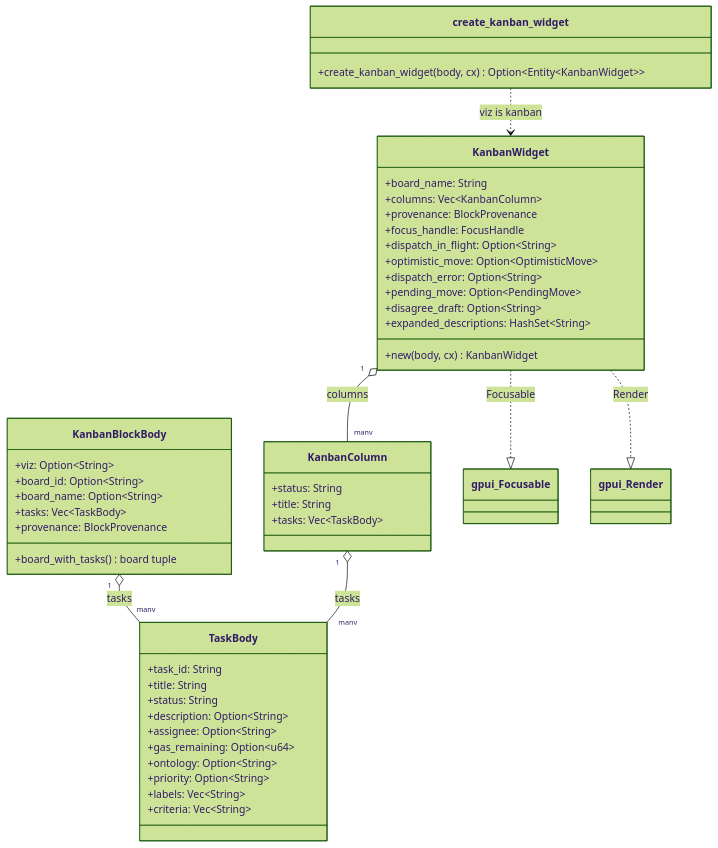
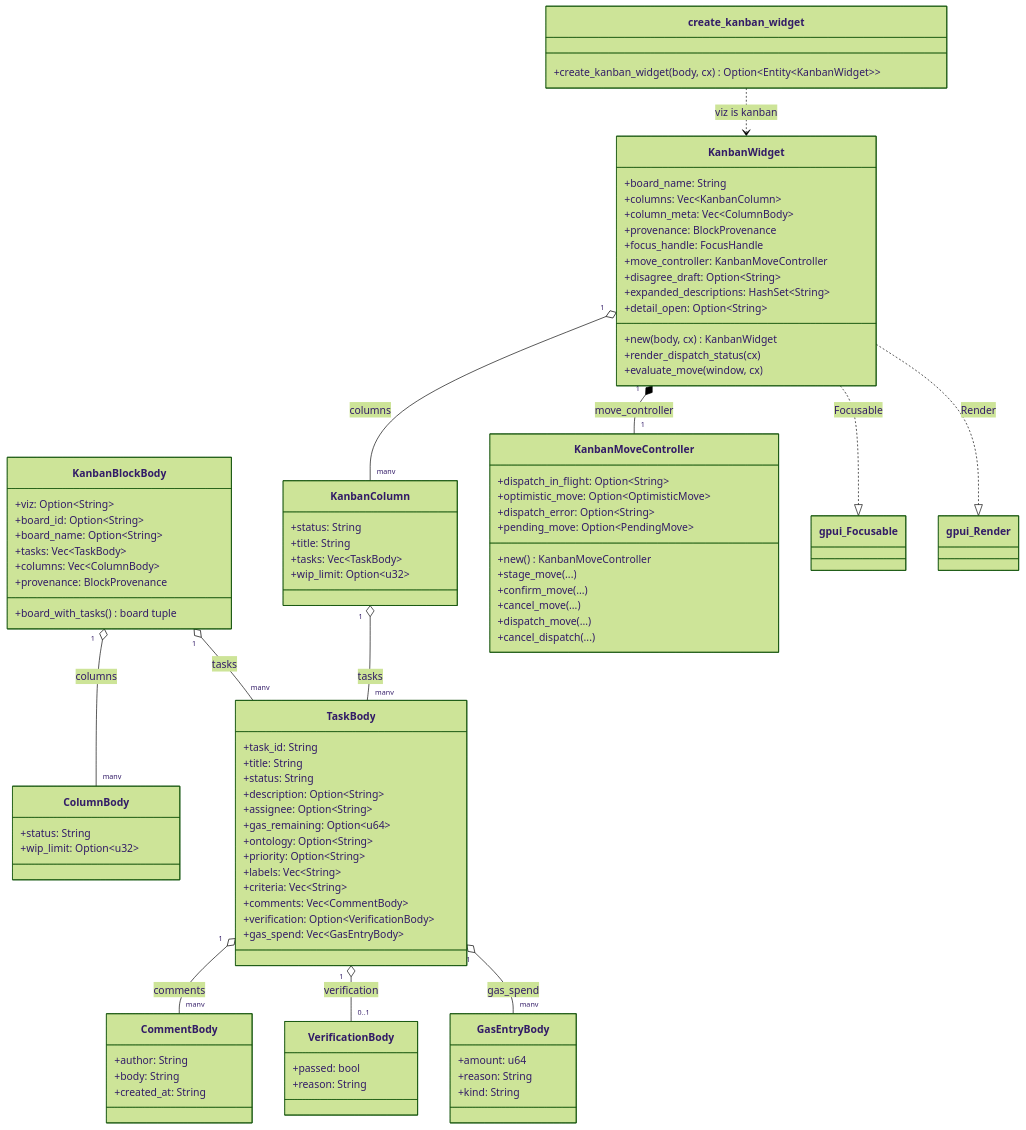
One commit to mdz-axo/zed-kask changed the diagram in kask/docs/diagrams/class-hkask-kanban-widget.md. Above: the diagram before and after it, drawn with Mermaid (forest theme). The commit also changed other lines of this file and 10 other files, not shown here.

First line of the commit message:
Extract kanban move controller and shared compose-back helper

```diff
--- a/kask/docs/diagrams/class-hkask-kanban-widget.md
+++ b/kask/docs/diagrams/class-hkask-kanban-widget.md
@@ -24,8 +24,13 @@
         +board_id: Option~String~
         +board_name: Option~String~
         +tasks: Vec~TaskBody~
+        +columns: Vec~ColumnBody~
         +provenance: BlockProvenance
         +board_with_tasks() board tuple
+    }
+    class ColumnBody {
+        +status: String
+        +wip_limit: Option~u32~
     }
     class TaskBody {
         +task_id: String
@@ -38,30 +43,66 @@
         +priority: Option~String~
         +labels: Vec~String~
         +criteria: Vec~String~
+        +comments: Vec~CommentBody~
+        +verification: Option~VerificationBody~
+        +gas_spend: Vec~GasEntryBody~
+    }
+    class CommentBody {
+        +author: String
+        +body: String
+        +created_at: String
+    }
+    class VerificationBody {
+        +passed: bool
+        +reason: String
+    }
+    class GasEntryBody {
+        +amount: u64
+        +reason: String
+        +kind: String
     }
     class KanbanColumn {
         +status: String
         +title: String
         +tasks: Vec~TaskBody~
+        +wip_limit: Option~u32~
+    }
+    class KanbanMoveController {
+        +dispatch_in_flight: Option~String~
+        +optimistic_move: Option~OptimisticMove~
+        +dispatch_error: Option~String~
+        +pending_move: Option~PendingMove~
+        +new() KanbanMoveController
+        +stage_move(...)
+        +confirm_move(...)
+        +cancel_move(...)
+        +dispatch_move(...)
+        +cancel_dispatch(...)
     }
     class KanbanWidget {
         +board_name: String
         +columns: Vec~KanbanColumn~
+        +column_meta: Vec~ColumnBody~
         +provenance: BlockProvenance
         +focus_handle: FocusHandle
-        +dispatch_in_flight: Option~String~
-        +optimistic_move: Option~OptimisticMove~
-        +dispatch_error: Option~String~
-        +pending_move: Option~PendingMove~
+        +move_controller: KanbanMoveController
         +disagree_draft: Option~String~
         +expanded_descriptions: HashSet~String~
+        +detail_open: Option~String~
         +new(body, cx) KanbanWidget
+        +render_dispatch_status(cx)
+        +evaluate_move(window, cx)
     }
     class create_kanban_widget {
         +create_kanban_widget(body, cx) Option~Entity~KanbanWidget~~
     }
 
     KanbanBlockBody "1" o-- "many" TaskBody : tasks
+    KanbanBlockBody "1" o-- "many" ColumnBody : columns
+    TaskBody "1" o-- "many" CommentBody : comments
+    TaskBody "1" o-- "0..1" VerificationBody : verification
+    TaskBody "1" o-- "many" GasEntryBody : gas_spend
+    KanbanWidget "1" *-- "1" KanbanMoveController : move_controller
     KanbanWidget "1" o-- "many" KanbanColumn : columns
     KanbanColumn "1" o-- "many" TaskBody : tasks
     KanbanWidget ..|> gpui_Focusable : Focusable
```
